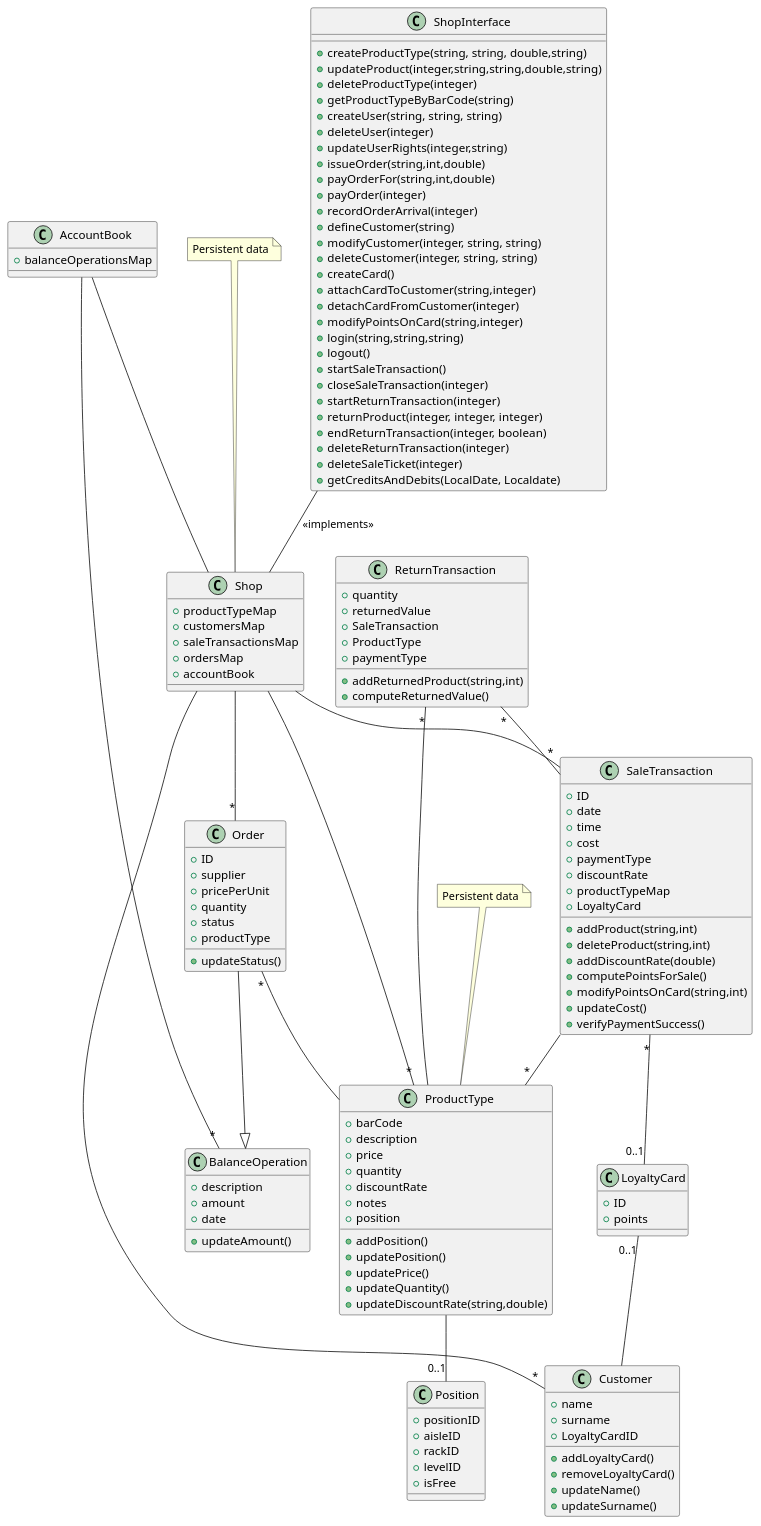
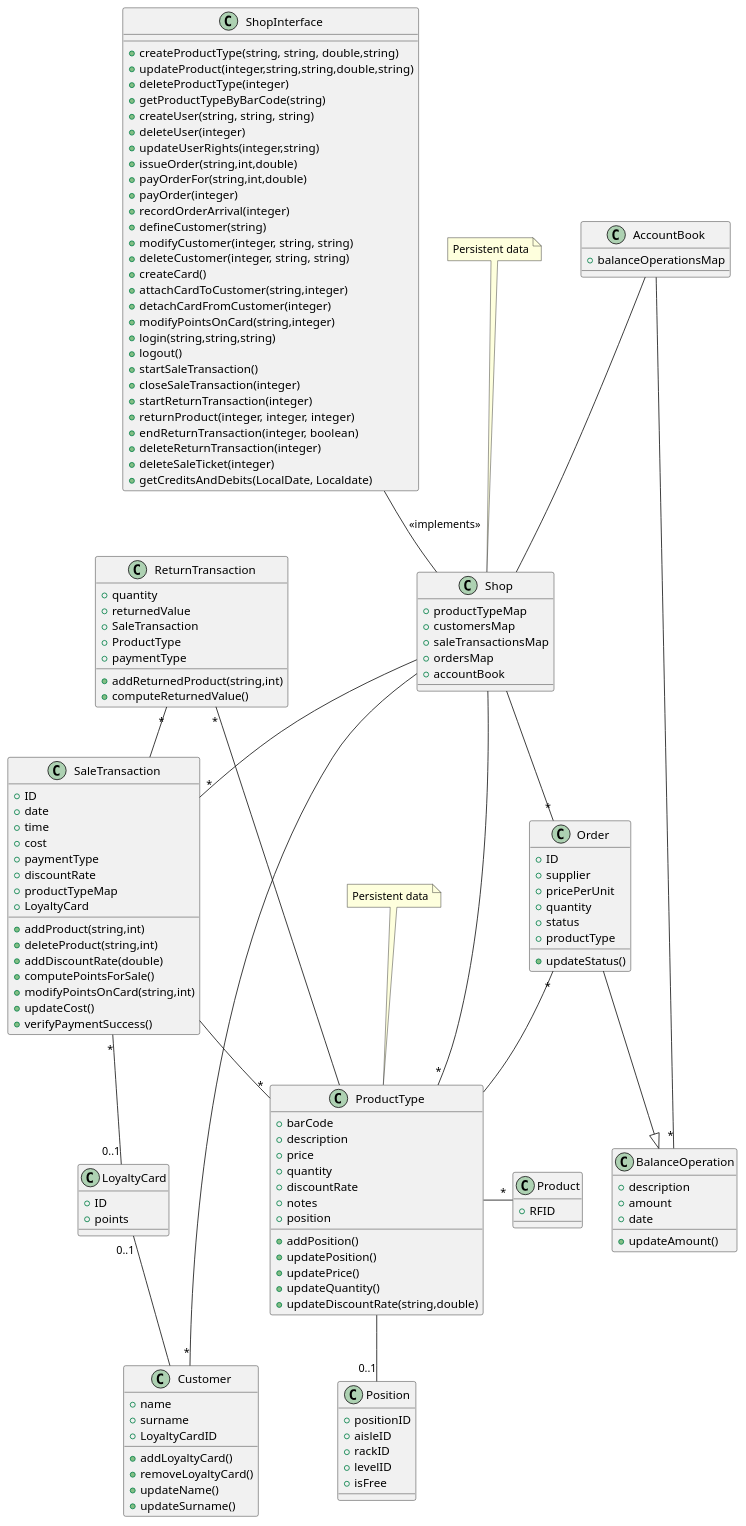
One commit to GrayNeel/SoftEngProject-EZShop changed the second of 5 diagrams in Deliverables/DesignDocument.md. Above: the diagram before and after it, drawn with PlantUML.

Commit message:
feat: new change to design

```diff
--- a/Deliverables/DesignDocument.md
+++ b/Deliverables/DesignDocument.md
@@ -125,6 +125,12 @@
     +updateQuantity()
     +updateDiscountRate(string,double)
 }
+
+class Product {
+    +RFID
+}
+
+ProductType - "*" Product
 
 note "Persistent data" as N2
 N2 -down- ProductType
```
